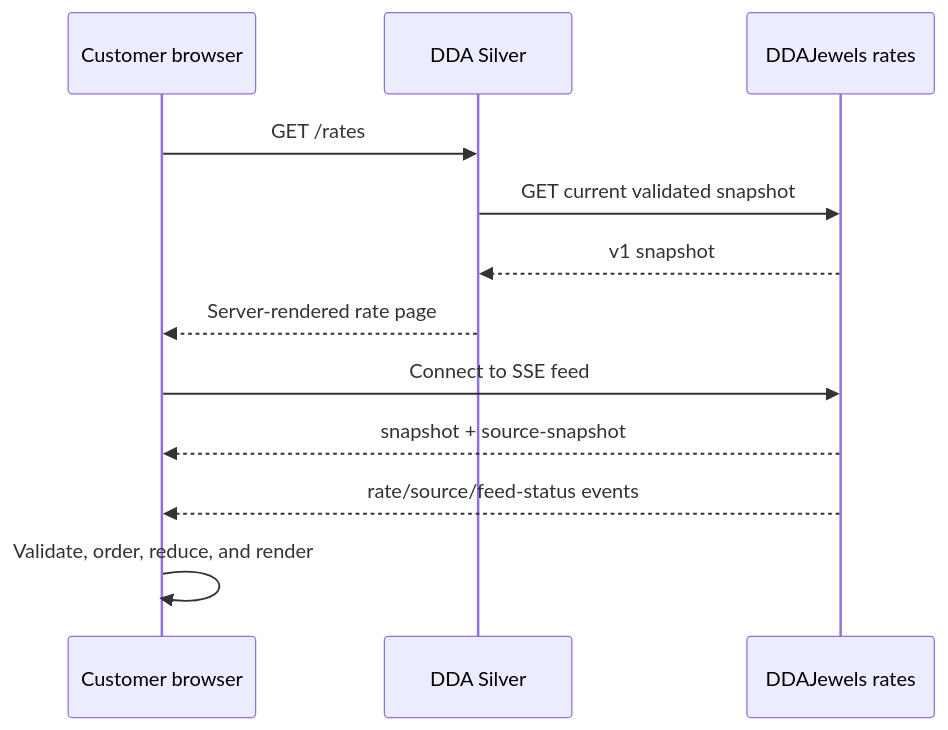
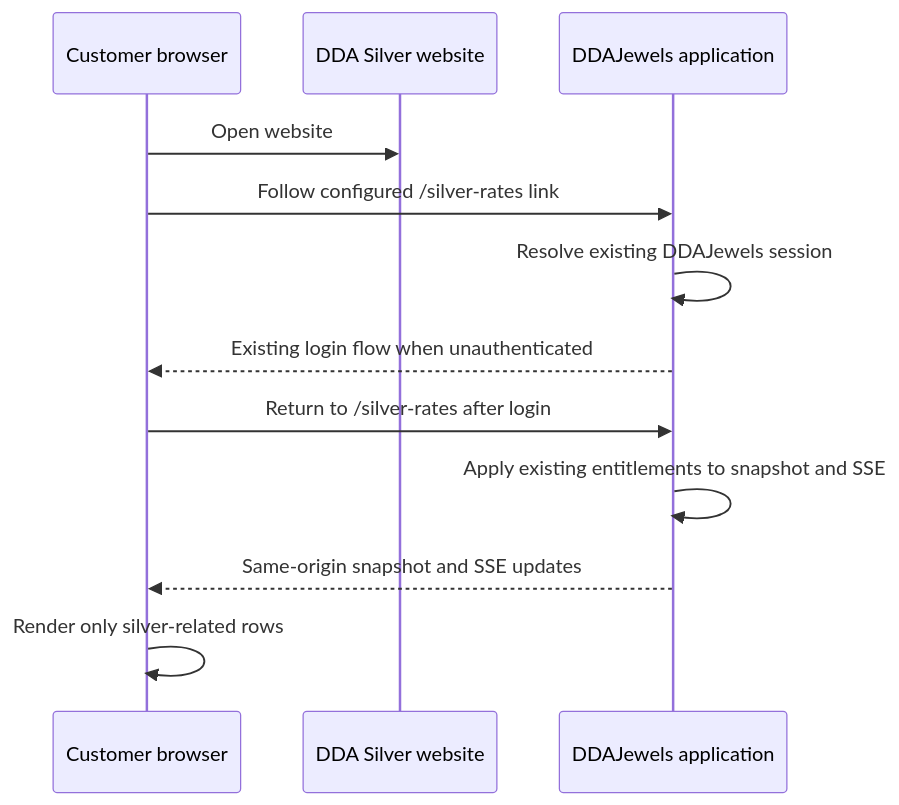
One commit to kta136/DDASilver_Web changed the diagram in docs/rates-integration.md. Above: the diagram before and after it, drawn with Mermaid. The commit also changed other lines of this file and 26 other files, not shown here.

Commit message:
Reuse DDAJewels rates portal and complete launch QA

````diff
--- a/docs/rates-integration.md
+++ b/docs/rates-integration.md
@@ -32,15 +34,15 @@
 ```mermaid
 sequenceDiagram
     participant Browser as Customer browser
-    participant Silver as DDA Silver
-    participant Jewels as DDAJewels rates
+    participant Silver as DDA Silver website
+    participant Jewels as DDAJewels application
 
-    Browser->>Silver: GET /rates
-    Silver->>Jewels: GET current validated snapshot
-    Jewels-->>Silver: v1 snapshot
-    Silver-->>Browser: Server-rendered rate page
-    Browser->>Jewels: Connect to SSE feed
-    Jewels-->>Browser: snapshot + source-snapshot
-    Jewels-->>Browser: rate/source/feed-status events
-    Browser->>Browser: Validate, order, reduce, and render
+    Browser->>Silver: Open website
+    Browser->>Jewels: Follow configured /silver-rates link
+    Jewels->>Jewels: Resolve existing DDAJewels session
+    Jewels-->>Browser: Existing login flow when unauthenticated
+    Browser->>Jewels: Return to /silver-rates after login
+    Jewels->>Jewels: Apply existing entitlements to snapshot and SSE
+    Jewels-->>Browser: Same-origin snapshot and SSE updates
+    Browser->>Browser: Render only silver-related rows
 ```
````
